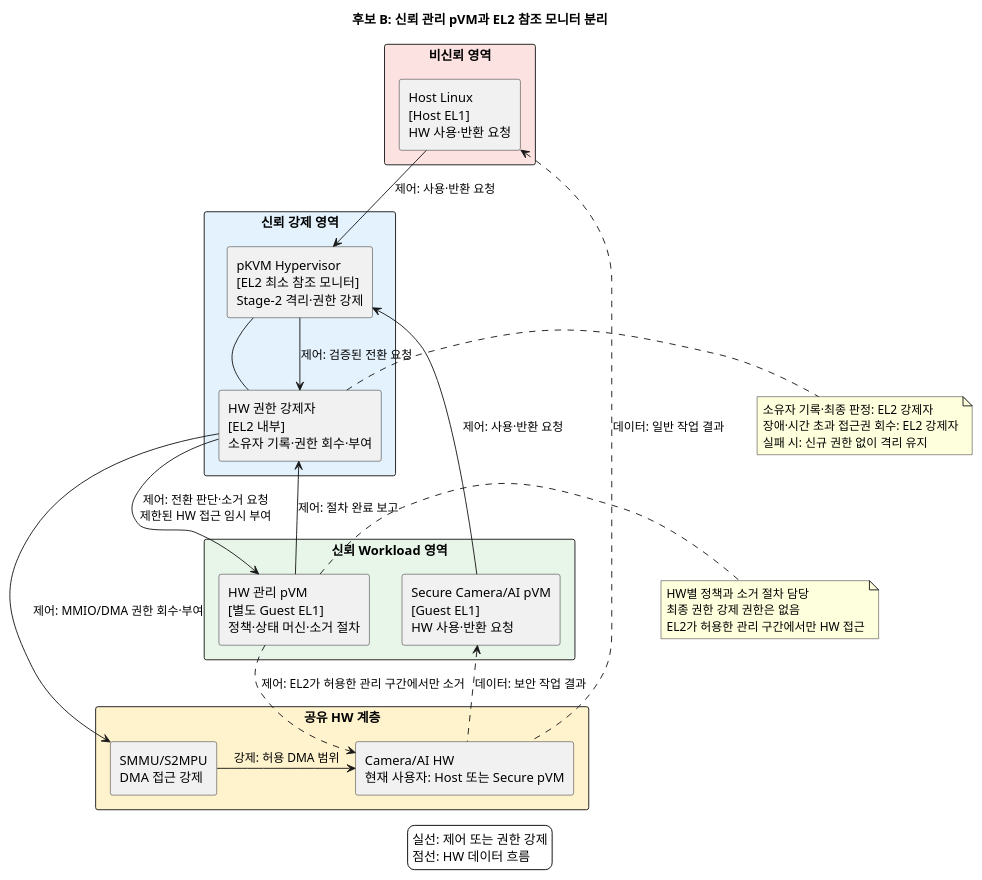
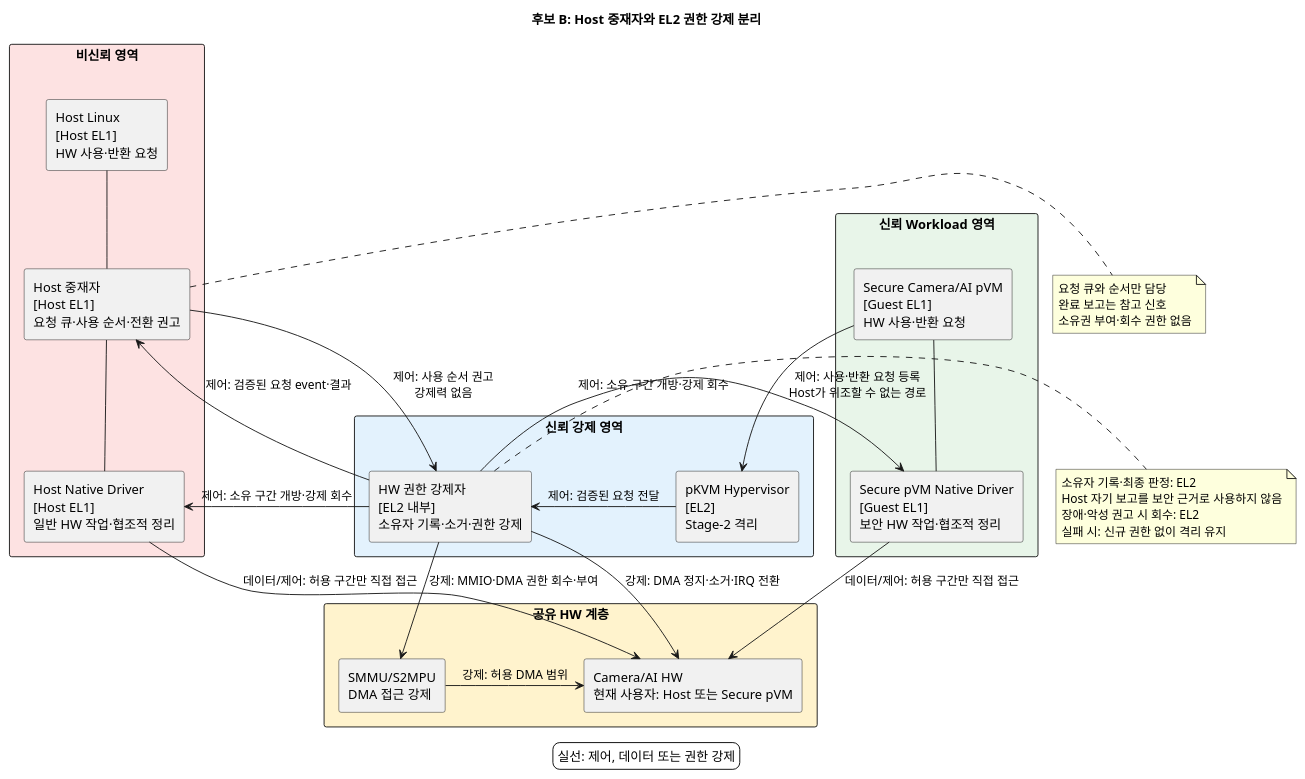
Before and after one commit to boram1288/test-p: the second of 2 diagrams in docs-align/후보구조_문제1_HW공유.md, drawn with PlantUML. The commit also changed other lines of this file, not shown here.

First line of the commit message:
Host 중재형 HW 공유 후보 구조 반영

````diff
--- a/docs-align/후보구조_문제1_HW공유.md
+++ b/docs-align/후보구조_문제1_HW공유.md
@@ -171,57 +199,62 @@
 ```plantuml
 @startuml
-title 후보 B: 신뢰 관리 pVM과 EL2 참조 모니터 분리
+title 후보 B: Host 중재자와 EL2 권한 강제 분리
 
 skinparam componentStyle rectangle
 skinparam backgroundColor white
 skinparam packageStyle rectangle
 
 package "비신뢰 영역" #FDE2E2 {
   component "Host Linux\n[Host EL1]\nHW 사용·반환 요청" as Host
+  component "Host 중재자\n[Host EL1]\n요청 큐·사용 순서·전환 권고" as HostMediator
+  component "Host Native Driver\n[Host EL1]\n일반 HW 작업·협조적 정리" as HostDrv
+  Host -down- HostMediator
+  HostMediator -down- HostDrv
 }
 
 package "신뢰 Workload 영역" #E8F5E9 {
   component "Secure Camera/AI pVM\n[Guest EL1]\nHW 사용·반환 요청" as SecurePVM
-  component "HW 관리 pVM\n[별도 Guest EL1]\n정책·상태 머신·소거 절차" as MgmtPVM
+  component "Secure pVM Native Driver\n[Guest EL1]\n보안 HW 작업·협조적 정리" as PVMDrv
+  SecurePVM -down- PVMDrv
 }
 
 package "신뢰 강제 영역" #E3F2FD {
-  component "pKVM Hypervisor\n[EL2 최소 참조 모니터]\nStage-2 격리·권한 강제" as PKVM
-  component "HW 권한 강제자\n[EL2 내부]\n소유자 기록·권한 회수·부여" as Enforcer
-  PKVM -right- Enforcer
+  component "pKVM Hypervisor\n[EL2]\nStage-2 격리" as PKVM
+  component "HW 권한 강제자\n[EL2 내부]\n소유자 기록·소거·권한 강제" as Enforcer
+  PKVM -right-> Enforcer : 제어: 검증된 요청 전달
 }
 
 package "공유 HW 계층" #FFF3CD {
   component "SMMU/S2MPU\nDMA 접근 강제" as IOMMU
   component "Camera/AI HW\n현재 사용자: Host 또는 Secure pVM" as SharedHW
 }
 
-Host -down-> PKVM : 제어: 사용·반환 요청
-SecurePVM -down-> PKVM : 제어: 사용·반환 요청
-PKVM -down-> Enforcer : 제어: 검증된 전환 요청
-Enforcer -down-> MgmtPVM : 제어: 전환 판단·소거 요청\n제한된 HW 접근 임시 부여
-MgmtPVM -up-> Enforcer : 제어: 절차 완료 보고
-Enforcer -down-> IOMMU : 제어: MMIO/DMA 권한 회수·부여
-MgmtPVM .down.> SharedHW : 제어: EL2가 허용한 관리 구간에서만 소거
+HostMediator -down-> Enforcer : 제어: 사용 순서 권고\n강제력 없음
+SecurePVM -down-> PKVM : 제어: 사용·반환 요청 등록\nHost가 위조할 수 없는 경로
+Enforcer -up-> HostMediator : 제어: 검증된 요청 event·결과
+Enforcer -down-> HostDrv : 제어: 소유 구간 개방·강제 회수
+Enforcer -down-> PVMDrv : 제어: 소유 구간 개방·강제 회수
+Enforcer -down-> IOMMU : 강제: MMIO·DMA 권한 회수·부여
+Enforcer -down-> SharedHW : 강제: DMA 정지·소거·IRQ 전환
+HostDrv -down-> SharedHW : 데이터/제어: 허용 구간만 직접 접근
+PVMDrv -down-> SharedHW : 데이터/제어: 허용 구간만 직접 접근
 IOMMU -right-> SharedHW : 강제: 허용 DMA 범위
-SharedHW .up.> Host : 데이터: 일반 작업 결과
-SharedHW .up.> SecurePVM : 데이터: 보안 작업 결과
+
+note right of HostMediator
+  요청 큐와 순서만 담당
+  완료 보고는 참고 신호
+  소유권 부여·회수 권한 없음
+end note
 
 note right of Enforcer
-  소유자 기록·최종 판정: EL2 강제자
-  장애·시간 초과 접근권 회수: EL2 강제자
+  소유자 기록·최종 판정: EL2
+  Host 자기 보고를 보안 근거로 사용하지 않음
+  장애·악성 권고 시 회수: EL2
   실패 시: 신규 권한 없이 격리 유지
 end note
 
-note right of MgmtPVM
-  HW별 정책과 소거 절차 담당
-  최종 권한 강제 권한은 없음
-  EL2가 허용한 관리 구간에서만 HW 접근
-end note
-
 legend bottom
-  실선: 제어 또는 권한 강제
-  점선: HW 데이터 흐름
+  실선: 제어, 데이터 또는 권한 강제
 endlegend
 @enduml
 ```
````
